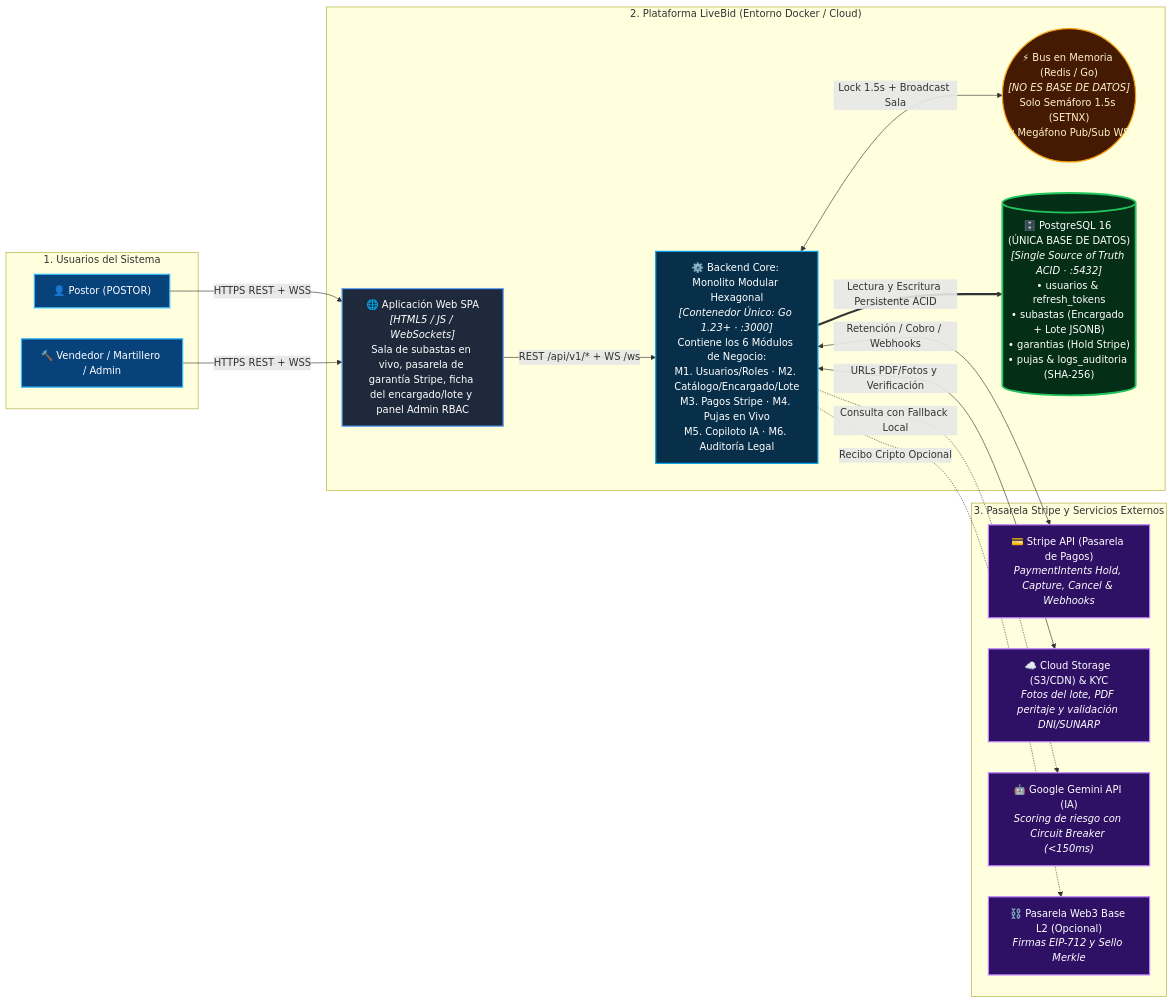
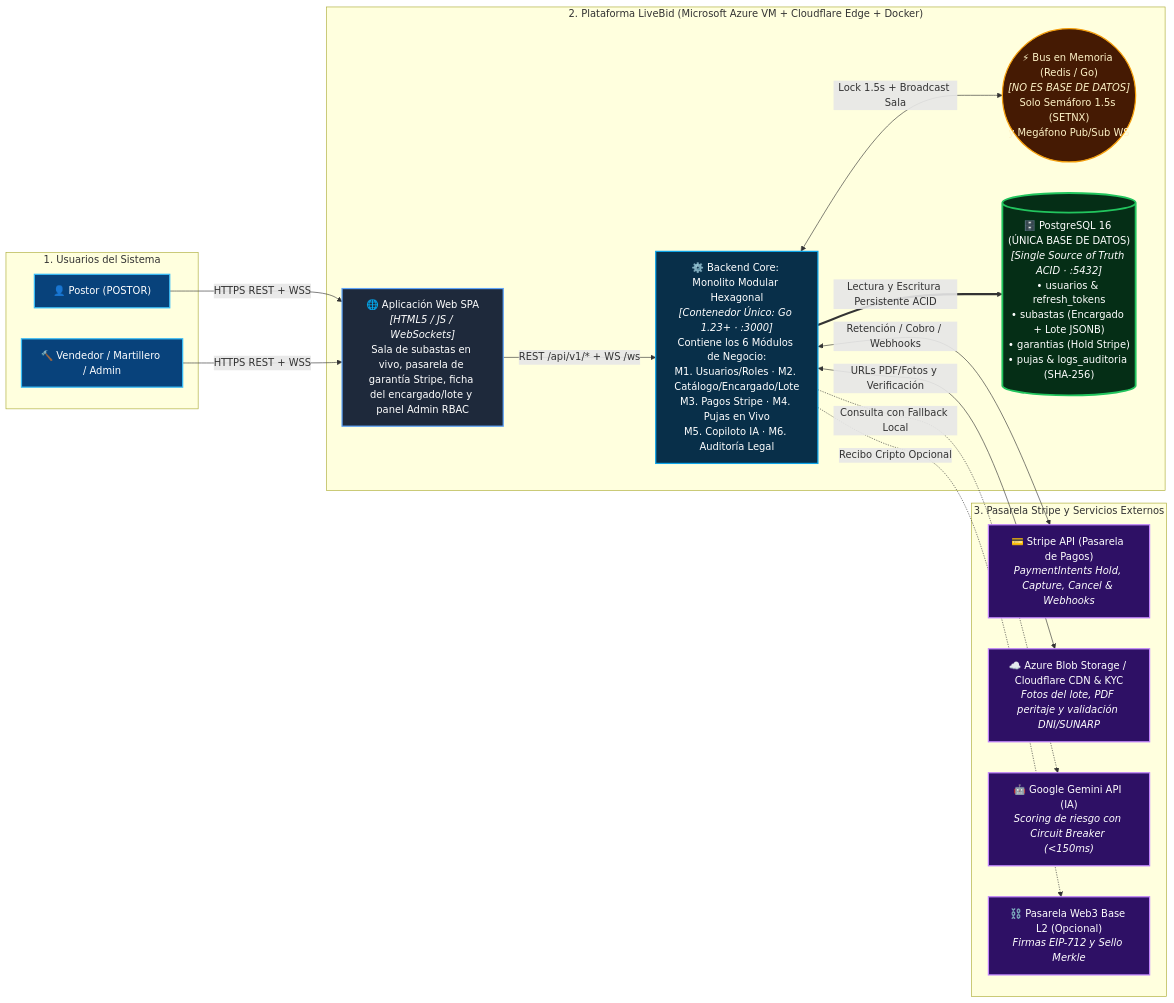
Before and after one commit to fxrl01/PlataformaSubastas-arquitSoft-02-Fernando: the diagram in docs/04-modelo-c4/Nivel2-DiagramadeContenedores.md, drawn with Mermaid. The commit also changed other lines of this file and 13 other files, not shown here.

Commit message:
docs(arch,azure): migrar analisis, arquitectura, C4 y spec 016 a Microsoft Azure y Cloudflare

````diff
--- a/docs/04-modelo-c4/Nivel2-DiagramadeContenedores.md
+++ b/docs/04-modelo-c4/Nivel2-DiagramadeContenedores.md
@@ -20,42 +20,42 @@
 ```mermaid
 graph LR
     classDef person fill:#08427B,stroke:#38BDF8,color:#ffffff,stroke-width:2px;
     classDef frontend fill:#1E293B,stroke:#60A5FA,color:#ffffff,stroke-width:2px;
     classDef backend fill:#082F49,stroke:#0EA5E9,color:#ffffff,stroke-width:2px;
     classDef membus fill:#451A03,stroke:#F59E0B,color:#FEF3C7,stroke-width:2px;
     classDef db fill:#052E16,stroke:#22C55E,color:#ffffff,stroke-width:3px;
     classDef ext fill:#2E1065,stroke:#C084FC,color:#ffffff,stroke-width:2px;
 
     subgraph Actores["1. Usuarios del Sistema"]
         Bidder["👤 Postor (POSTOR)"]:::person
         Staff["🔨 Vendedor / Martillero / Admin"]:::person
     end
 
-    subgraph LiveBidBoundary["2. Plataforma LiveBid (Entorno Docker / Cloud)"]
+    subgraph LiveBidBoundary["2. Plataforma LiveBid (Microsoft Azure VM + Cloudflare Edge + Docker)"]
         WebUI["🌐 Aplicación Web SPA<br><i>[HTML5 / JS / WebSockets]</i><br>Sala de subastas en vivo, pasarela de garantía Stripe, ficha del encargado/lote y panel Admin RBAC"]:::frontend
 
         GoServer["⚙️ Backend Core: Monolito Modular Hexagonal<br><i>[Contenedor Único: Go 1.23+ · :3000]</i><br>Contiene los 6 Módulos de Negocio:<br>M1. Usuarios/Roles · M2. Catálogo/Encargado/Lote<br>M3. Pagos Stripe · M4. Pujas en Vivo<br>M5. Copiloto IA · M6. Auditoría Legal"]:::backend
 
         InMemoryBus(("⚡ Bus en Memoria (Redis / Go)<br><i>[NO ES BASE DE DATOS]</i><br>Solo Semáforo 1.5s (SETNX)<br>y Megáfono Pub/Sub WS")):::membus
 
         PostgresDB[("🗄️ PostgreSQL 16 (ÚNICA BASE DE DATOS)<br><i>[Single Source of Truth ACID · :5432]</i><br>• usuarios & refresh_tokens<br>• subastas (Encargado + Lote JSONB)<br>• garantias (Hold Stripe)<br>• pujas & logs_auditoria (SHA-256)")]:::db
     end
 
     subgraph Externos["3. Pasarela Stripe y Servicios Externos"]
         StripeAPI["💳 Stripe API (Pasarela de Pagos)<br><i>PaymentIntents Hold, Capture, Cancel & Webhooks</i>"]:::ext
-        CloudKYC["☁️ Cloud Storage (S3/CDN) & KYC<br><i>Fotos del lote, PDF peritaje y validación DNI/SUNARP</i>"]:::ext
+        CloudKYC["☁️ Azure Blob Storage / Cloudflare CDN & KYC<br><i>Fotos del lote, PDF peritaje y validación DNI/SUNARP</i>"]:::ext
         GeminiCloud["🤖 Google Gemini API (IA)<br><i>Scoring de riesgo con Circuit Breaker (<150ms)</i>"]:::ext
         Web3Network["⛓️ Pasarela Web3 Base L2 (Opcional)<br><i>Firmas EIP-712 y Sello Merkle</i>"]:::ext
     end
 
     Bidder & Staff -->|"HTTPS REST + WSS"| WebUI
     WebUI -->|"REST /api/v1/* + WS /ws"| GoServer
 
     GoServer <-->|"Lock 1.5s + Broadcast Sala"| InMemoryBus
     GoServer ==>|"Lectura y Escritura Persistente ACID"| PostgresDB
 
     GoServer <-->|"Retención / Cobro / Webhooks"| StripeAPI
     GoServer <-->|"URLs PDF/Fotos y Verificación"| CloudKYC
     GoServer -.->|"Consulta con Fallback Local"| GeminiCloud
     GoServer -.->|"Recibo Cripto Opcional"| Web3Network
 ```
````
